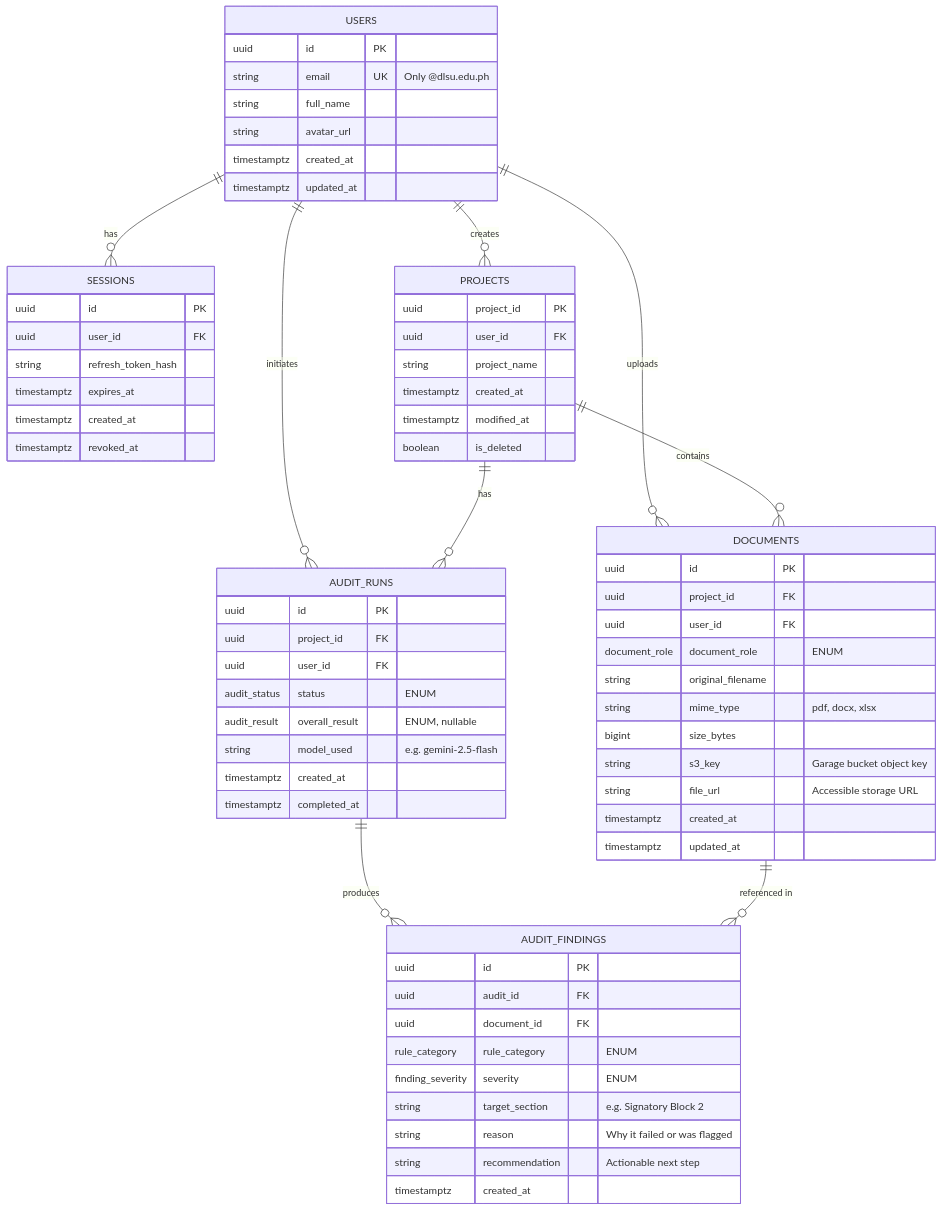
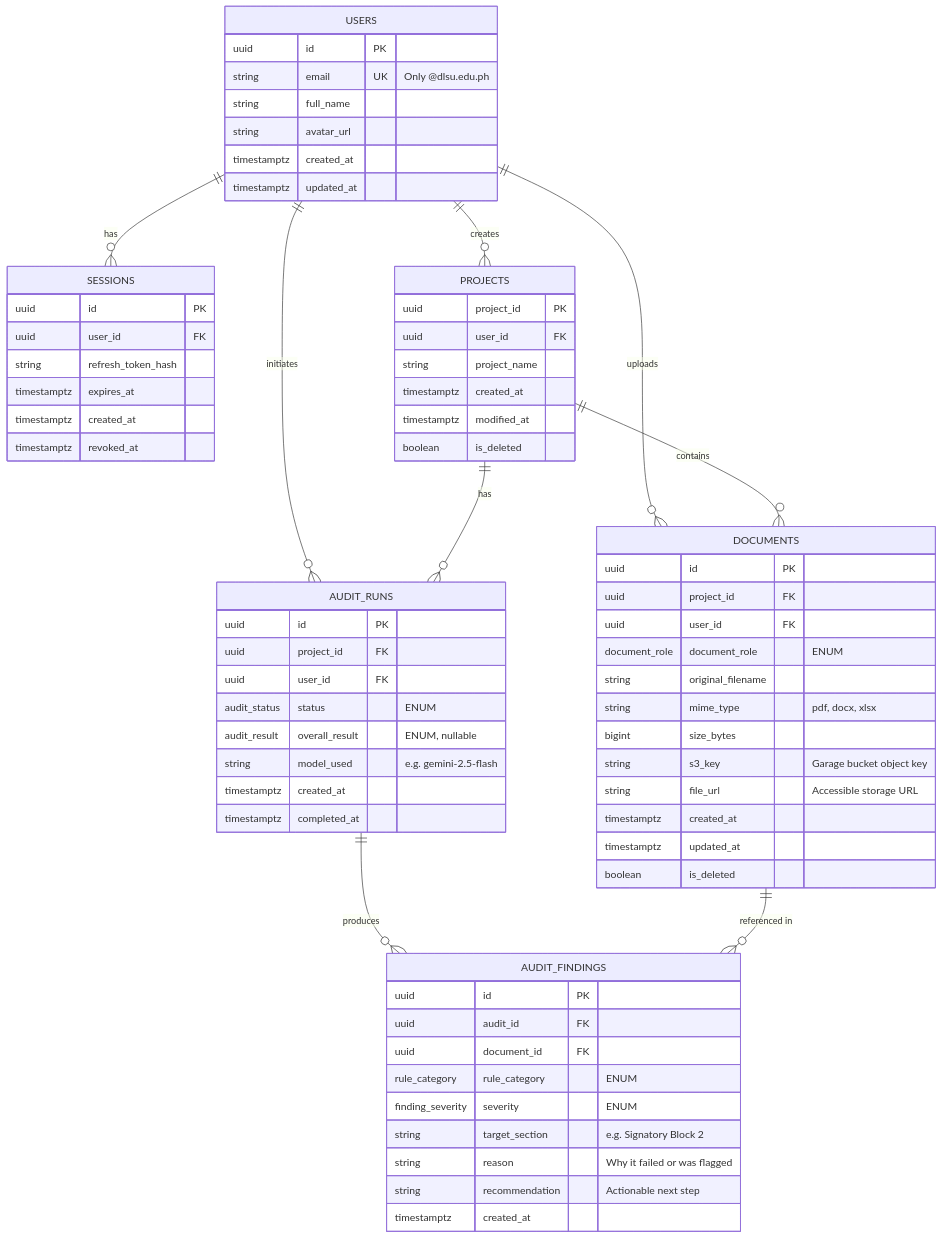
One commit to dlsu-lscs/checkrepublic-api changed the first of 2 diagrams in docs/data-model.md. Above: the diagram before and after it, drawn with Mermaid. The commit also changed other lines of this file and 32 other files, not shown here.

First line of the commit message:
feat(architecture): scaffold fastify feature-sliced domain architecture

````diff
--- a/docs/data-model.md
+++ b/docs/data-model.md
@@ -46,77 +46,78 @@
 ```mermaid
 erDiagram
     USERS ||--o{ SESSIONS : "has"
     USERS ||--o{ PROJECTS : "creates"
     USERS ||--o{ DOCUMENTS : "uploads"
     USERS ||--o{ AUDIT_RUNS : "initiates"
 
     PROJECTS ||--o{ DOCUMENTS : "contains"
     PROJECTS ||--o{ AUDIT_RUNS : "has"
 
     AUDIT_RUNS ||--o{ AUDIT_FINDINGS : "produces"
     DOCUMENTS ||--o{ AUDIT_FINDINGS : "referenced in"
 
     USERS {
         uuid id PK
         string email UK "Only @dlsu.edu.ph"
         string full_name
         string avatar_url
         timestamptz created_at
         timestamptz updated_at
     }
 
     SESSIONS {
         uuid id PK
         uuid user_id FK
         string refresh_token_hash
         timestamptz expires_at
         timestamptz created_at
         timestamptz revoked_at
     }
 
     PROJECTS {
         uuid project_id PK
         uuid user_id FK
         string project_name
         timestamptz created_at
         timestamptz modified_at
         boolean is_deleted
     }
 
     DOCUMENTS {
         uuid id PK
         uuid project_id FK
         uuid user_id FK
         document_role document_role "ENUM"
         string original_filename
         string mime_type "pdf, docx, xlsx"
         bigint size_bytes
         string s3_key "Garage bucket object key"
         string file_url "Accessible storage URL"
         timestamptz created_at
         timestamptz updated_at
+        boolean is_deleted
     }
 
     AUDIT_RUNS {
         uuid id PK
         uuid project_id FK
         uuid user_id FK
         audit_status status "ENUM"
         audit_result overall_result "ENUM, nullable"
         string model_used "e.g. gemini-2.5-flash"
         timestamptz created_at
         timestamptz completed_at
     }
 
     AUDIT_FINDINGS {
         uuid id PK
         uuid audit_id FK
         uuid document_id FK
         rule_category rule_category "ENUM"
         finding_severity severity "ENUM"
         string target_section "e.g. Signatory Block 2"
         string reason "Why it failed or was flagged"
         string recommendation "Actionable next step"
         timestamptz created_at
     }
 ```
````
